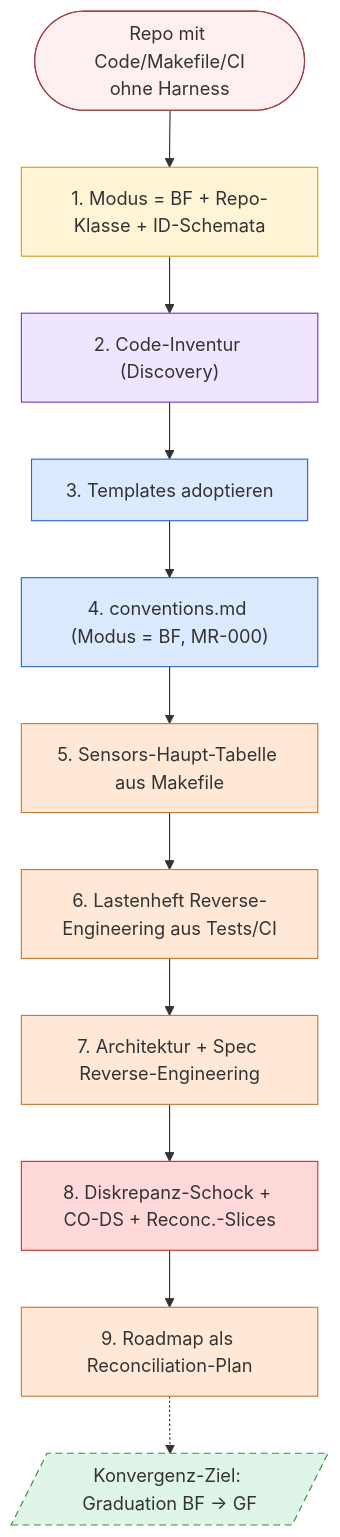
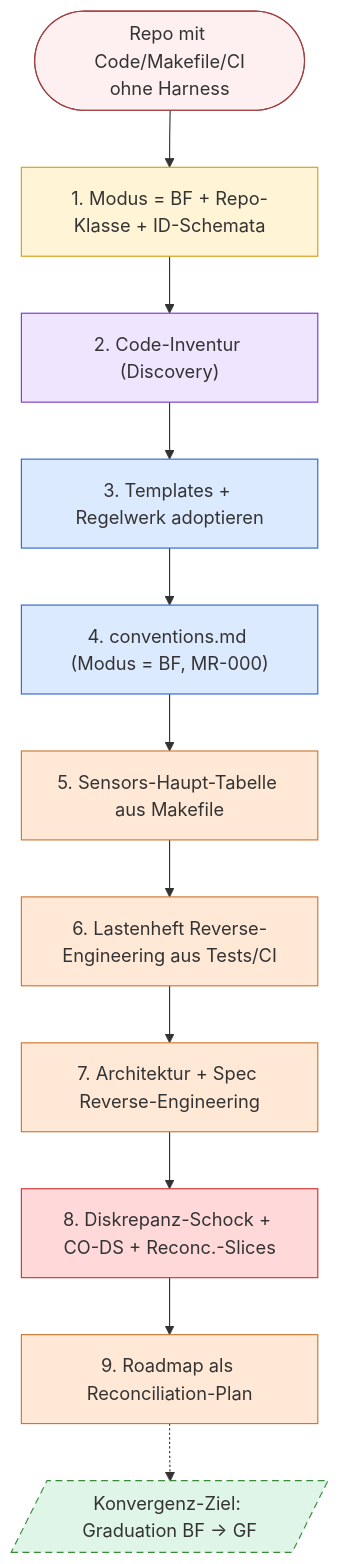
Before and after one commit to pt9912/ai-harness-course: the second of 2 diagrams in kurs/de/01-spec-und-architektur/modul-02-harness-bootstrap.md, drawn with Mermaid. The commit also changed other lines of this file and 5 other files, not shown here.

````diff
--- a/kurs/de/01-spec-und-architektur/modul-02-harness-bootstrap.md
+++ b/kurs/de/01-spec-und-architektur/modul-02-harness-bootstrap.md
@@ -427,24 +440,24 @@
 ```mermaid
 flowchart TD
     Start([Repo mit Code/Makefile/CI<br/>ohne Harness]):::startBF
     S1["1. Modus = BF + Repo-Klasse + ID-Schemata"]:::orient
     S2["2. Code-Inventur (Discovery)"]:::discover
-    S3["3. Templates adoptieren"]:::action
+    S3["3. Templates + Regelwerk adoptieren"]:::action
     S4["4. conventions.md (Modus = BF, MR-000)"]:::action
     S5["5. Sensors-Haupt-Tabelle aus Makefile"]:::contentBF
     S6["6. Lastenheft Reverse-Engineering aus Tests/CI"]:::contentBF
     S7["7. Architektur + Spec Reverse-Engineering"]:::contentBF
     S8["8. Diskrepanz-Schock + CO-DS + Reconc.-Slices"]:::discrepancy
     S9["9. Roadmap als Reconciliation-Plan"]:::contentBF
     Graduation[/"Konvergenz-Ziel: Graduation BF -> GF"/]:::goal
 
     Start --> S1 --> S2 --> S3 --> S4 --> S5 --> S6 --> S7 --> S8 --> S9 -.-> Graduation
 
     classDef startBF fill:#fef0f0,stroke:#a14040
     classDef orient fill:#fff4d6,stroke:#d4a017
     classDef action fill:#dceaff,stroke:#3366cc
     classDef discover fill:#f0e5ff,stroke:#7a3acc
     classDef contentBF fill:#ffe9d6,stroke:#cc7733
     classDef discrepancy fill:#ffd9d9,stroke:#cc3333
     classDef goal fill:#dff5e8,stroke:#3a8a3a,stroke-dasharray: 6 4
 ```
````
